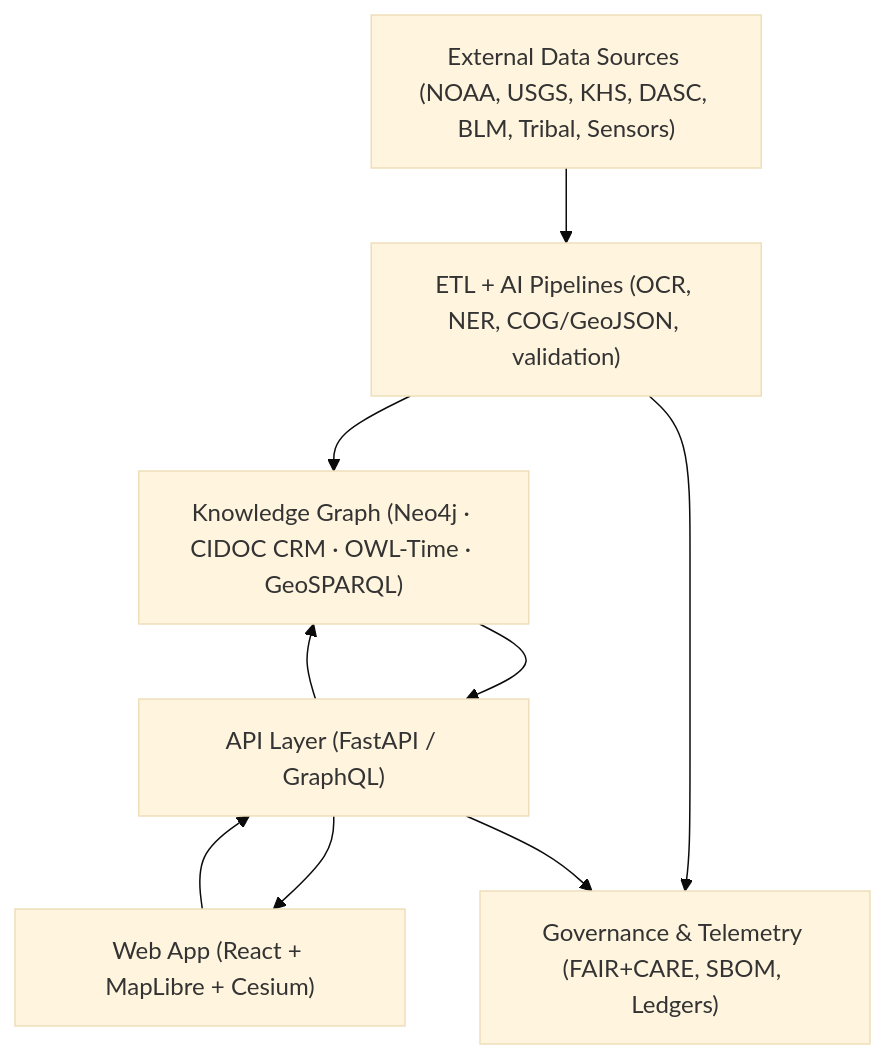
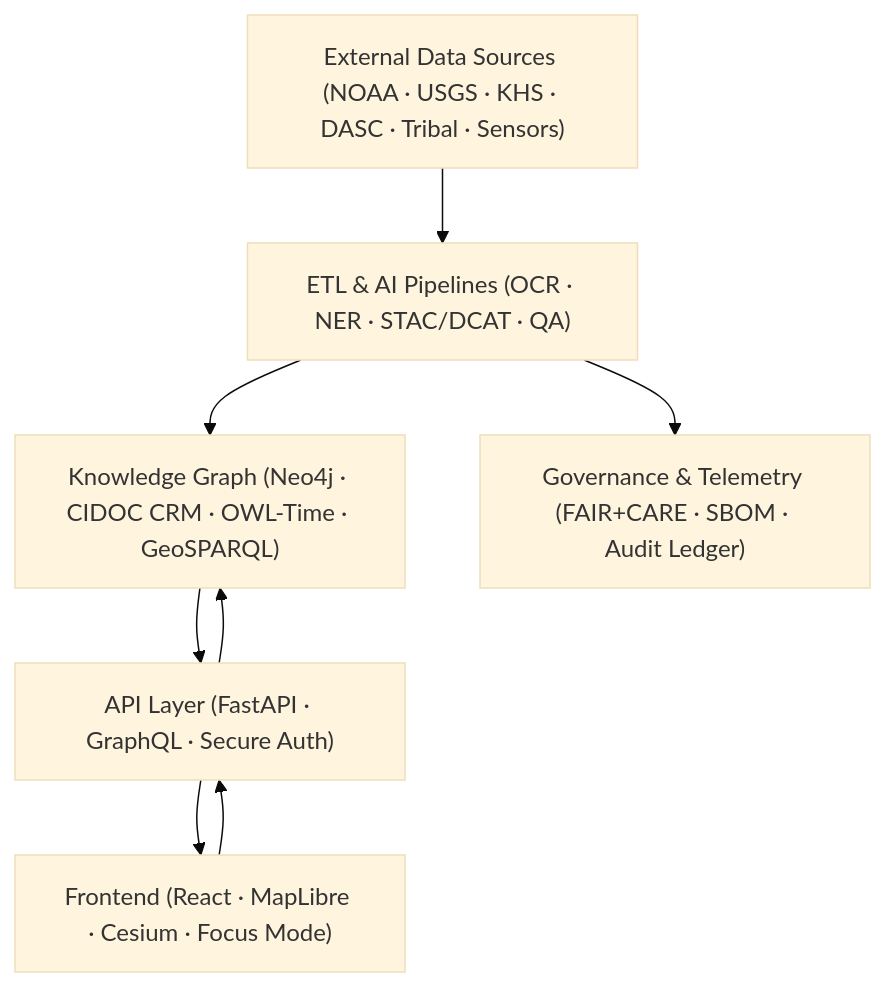
Before and after one commit to bartytime4life/Kansas-Frontier-Matrix: the diagram in README.md, drawn with Mermaid (base theme). The commit also changed other lines of this file, not shown here.

````diff
--- a/README.md
+++ b/README.md
@@ -73,13 +76,13 @@
 ```mermaid
 flowchart TD
-A["External Data Sources (NOAA, USGS, KHS, DASC, BLM, Tribal, Sensors)"]
-B["ETL + AI Pipelines (OCR, NER, COG/GeoJSON, validation)"]
+A["External Data Sources (NOAA · USGS · KHS · DASC · Tribal · Sensors)"]
+B["ETL & AI Pipelines (OCR · NER · STAC/DCAT · QA)"]
 C["Knowledge Graph (Neo4j · CIDOC CRM · OWL-Time · GeoSPARQL)"]
-D["API Layer (FastAPI / GraphQL)"]
-E["Web App (React + MapLibre + Cesium)"]
-F["Governance & Telemetry (FAIR+CARE, SBOM, Ledgers)"]
+D["API Layer (FastAPI · GraphQL · Secure Auth)"]
+E["Frontend (React · MapLibre · Cesium · Focus Mode)"]
+F["Governance & Telemetry (FAIR+CARE · SBOM · Audit Ledger)"]
 A --> B --> C --> D --> E
 B --> F
-D --> F
-E --> D --> C
+E --> D
+D --> C
 ```
````
